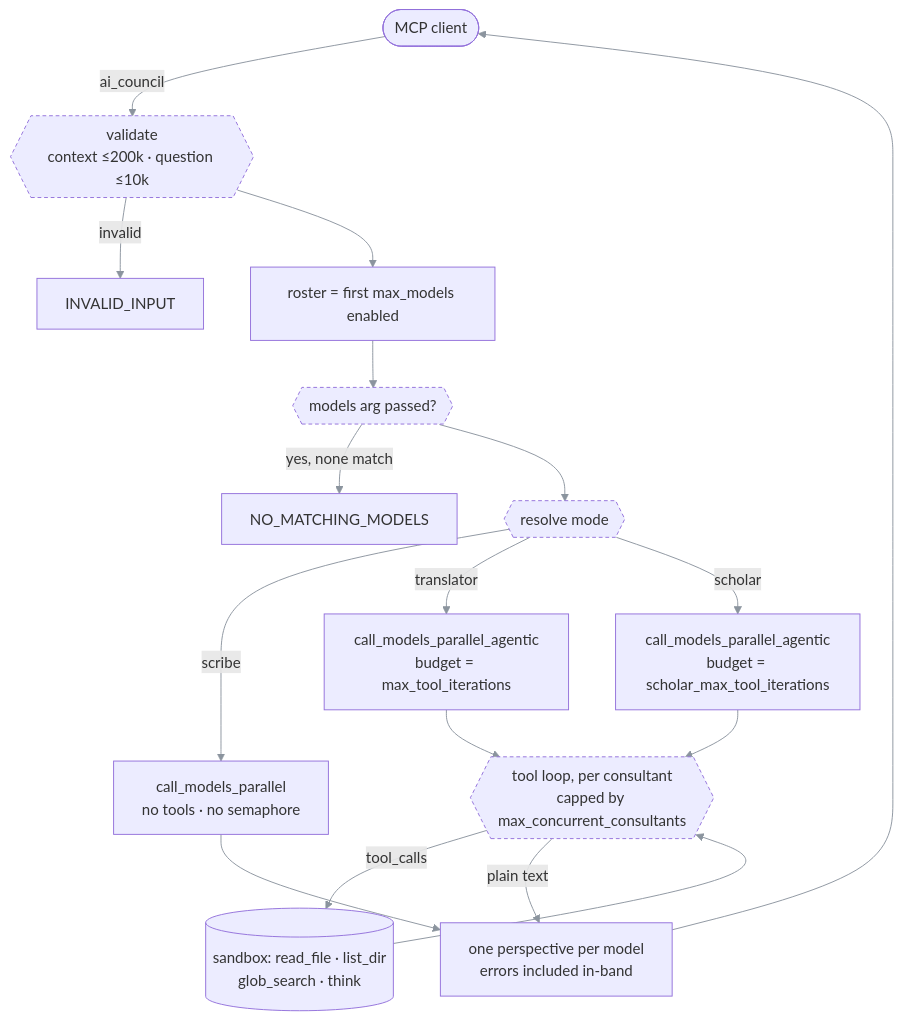
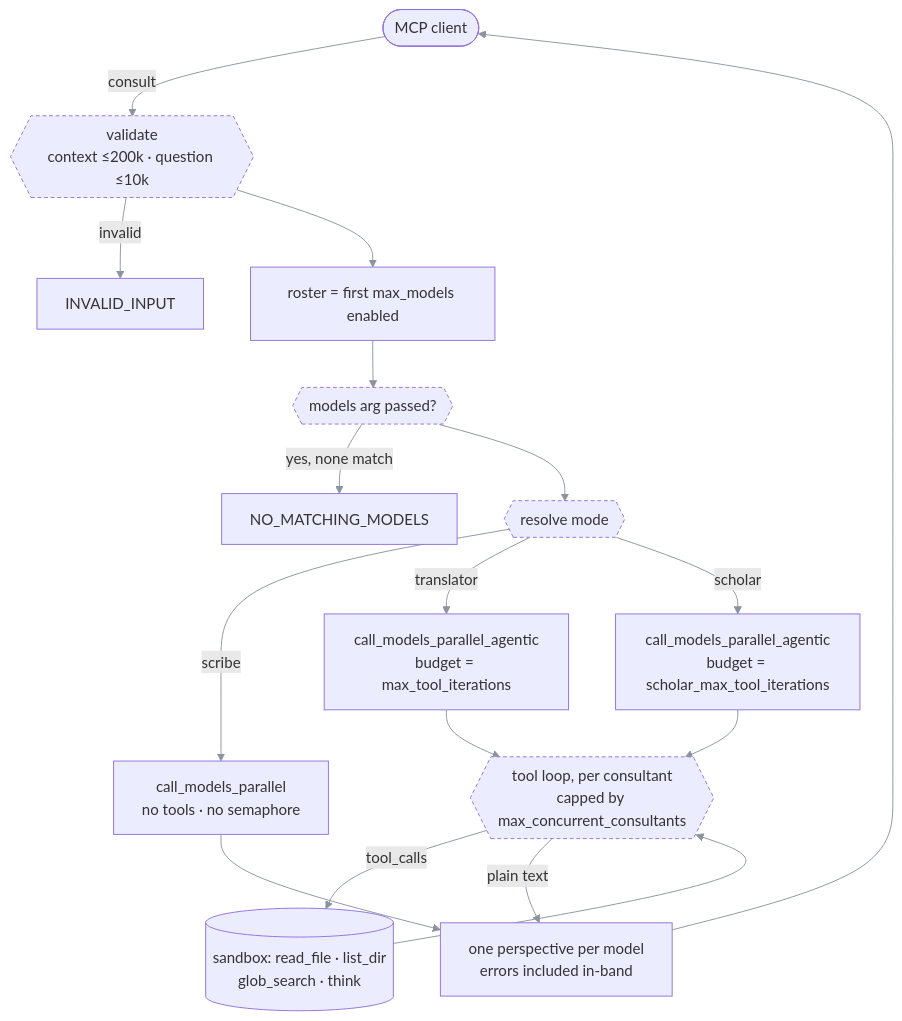
The diagram in README.md (EzzoHamdan/house-of-wisdom-mcp), drawn with Mermaid before and after one commit. The commit also changed other lines of this file, not shown here.

First line of the commit message:
docs: update README for consult/list_models rename

````diff
--- a/README.md
+++ b/README.md
@@ -216,24 +221,24 @@
 ```mermaid
 %%{init: {'themeVariables': {'lineColor': '#8b949e'}}}%%
 flowchart TD
-    C([MCP client]) -->|ai_council| V{{"validate<br/>context ≤200k · question ≤10k"}}
+    C([MCP client]) -->|consult| V{{"validate<br/>context ≤200k · question ≤10k"}}
     V -->|invalid| E1["INVALID_INPUT"]
     V --> R["roster = first max_models enabled"]
     R --> S{{"models arg passed?"}}
     S -->|yes, none match| E2["NO_MATCHING_MODELS"]
     S --> M{{"resolve mode"}}
     M -->|scribe| P["call_models_parallel<br/>no tools · no semaphore"]
     M -->|translator| A["call_models_parallel_agentic<br/>budget = max_tool_iterations"]
     M -->|scholar| A2["call_models_parallel_agentic<br/>budget = scholar_max_tool_iterations"]
     A --> L
     A2 --> L
     L{{"tool loop, per consultant<br/>capped by max_concurrent_consultants"}}
     L -->|tool_calls| T[("sandbox: read_file · list_dir<br/>glob_search · think")]
     T --> L
     L -->|plain text| O["one perspective per model<br/>errors included in-band"]
     P --> O
     O --> C
 
     classDef gate stroke-dasharray:4 3;
     class V,S,M,L gate;
 ```
````
